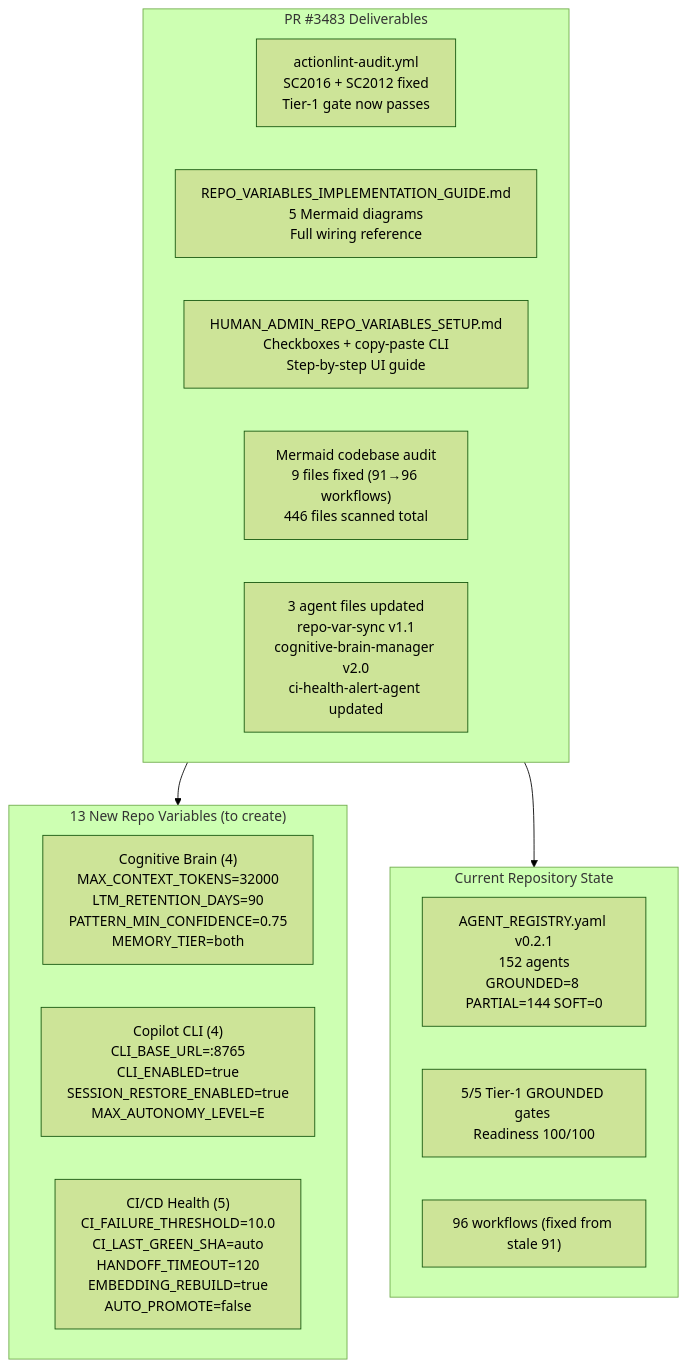
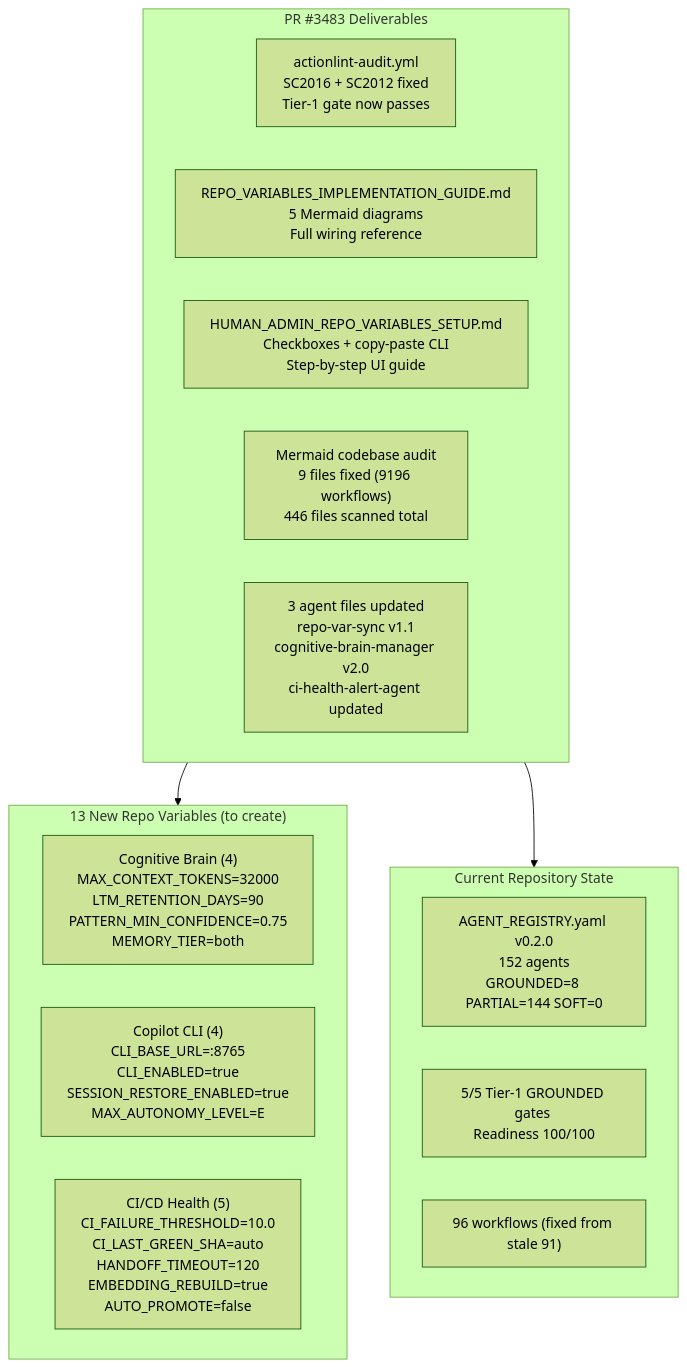
The first of 2 diagrams in docs/cognitive_brain/status/COGNITIVE_BRAIN_STATUS_PR3483.md (Aries-Serpent/_codex_), drawn with Mermaid (forest theme) before and after one commit. The commit also changed other lines of this file and 4117 other files, not shown here.

````diff
--- a/docs/cognitive_brain/status/COGNITIVE_BRAIN_STATUS_PR3483.md
+++ b/docs/cognitive_brain/status/COGNITIVE_BRAIN_STATUS_PR3483.md
@@ -39,26 +39,28 @@
 ```mermaid
 %%{init: {'accessibility': {'title': 'Diagram showing "PR #3483 Deliverables", " actionlint-audit.yml\nSC2016 + SC2012 fixed\nTier-1 gate now passes"'}}%%
+
 graph TB
-    subgraph PR3483["PR #3483 Deliverables"]
-        FIX1[" actionlint-audit.yml\nSC2016 + SC2012 fixed\nTier-1 gate now passes"]
-        DOCS1[" REPO_VARIABLES_IMPLEMENTATION_GUIDE.md\n5 Mermaid diagrams\nFull wiring reference"]
-        DOCS2[" HUMAN_ADMIN_REPO_VARIABLES_SETUP.md\nCheckboxes + copy-paste CLI\nStep-by-step UI guide"]
-        AUDIT[" Mermaid codebase audit\n9 files fixed (91→96 workflows)\n446 files scanned total"]
-        AGENTS[" 3 agent files updated\nrepo-var-sync v1.1\ncognitive-brain-manager v2.0\nci-health-alert-agent updated"]
-    end
+ subgraph PR3483["PR #3483 Deliverables"]
+ FIX1[" actionlint-audit.yml\nSC2016 + SC2012 fixed\nTier-1 gate now passes"]
+ DOCS1[" REPO_VARIABLES_IMPLEMENTATION_GUIDE.md\n5 Mermaid diagrams\nFull wiring reference"]
+ DOCS2[" HUMAN_ADMIN_REPO_VARIABLES_SETUP.md\nCheckboxes + copy-paste CLI\nStep-by-step UI guide"]
+ AUDIT[" Mermaid codebase audit\n9 files fixed (9196 workflows)\n446 files scanned total"]
+ AGENTS[" 3 agent files updated\nrepo-var-sync v1.1\ncognitive-brain-manager v2.0\nci-health-alert-agent updated"]
+ end
 
-    subgraph VARS["13 New Repo Variables (to create)"]
-        CB_VARS["Cognitive Brain (4)\nMAX_CONTEXT_TOKENS=32000\nLTM_RETENTION_DAYS=90\nPATTERN_MIN_CONFIDENCE=0.75\nMEMORY_TIER=both"]
-        CLI_VARS["Copilot CLI (4)\nCLI_BASE_URL=:8765\nCLI_ENABLED=true\nSESSION_RESTORE_ENABLED=true\nMAX_AUTONOMY_LEVEL=E"]
-        CI_VARS["CI/CD Health (5)\nCI_FAILURE_THRESHOLD=10.0\nCI_LAST_GREEN_SHA=auto\nHANDOFF_TIMEOUT=120\nEMBEDDING_REBUILD=true\nAUTO_PROMOTE=false"]
-    end
+ subgraph VARS["13 New Repo Variables (to create)"]
+ CB_VARS["Cognitive Brain (4)\nMAX_CONTEXT_TOKENS=32000\nLTM_RETENTION_DAYS=90\nPATTERN_MIN_CONFIDENCE=0.75\nMEMORY_TIER=both"]
+ CLI_VARS["Copilot CLI (4)\nCLI_BASE_URL=:8765\nCLI_ENABLED=true\nSESSION_RESTORE_ENABLED=true\nMAX_AUTONOMY_LEVEL=E"]
+ CI_VARS["CI/CD Health (5)\nCI_FAILURE_THRESHOLD=10.0\nCI_LAST_GREEN_SHA=auto\nHANDOFF_TIMEOUT=120\nEMBEDDING_REBUILD=true\nAUTO_PROMOTE=false"]
+ end
 
-    subgraph STATE["Current Repository State"]
-        REG["AGENT_REGISTRY.yaml v0.2.1\n152 agents\nGROUNDED=8 PARTIAL=144 SOFT=0"]
-        GATES["5/5 Tier-1 GROUNDED gates \nReadiness 100/100"]
-        WF["96 workflows (fixed from stale 91)"]
-    end
+ subgraph STATE["Current Repository State"]
+ REG["AGENT_REGISTRY.yaml v0.2.0\n152 agents\nGROUNDED=8 PARTIAL=144 SOFT=0"]
+ GATES["5/5 Tier-1 GROUNDED gates \nReadiness 100/100"]
+ WF["96 workflows (fixed from stale 91)"]
+ end
 
-    PR3483 --> VARS
-    PR3483 --> STATE
+ PR3483 --> VARS
+
+ PR3483 --> STATE
 ```
````
